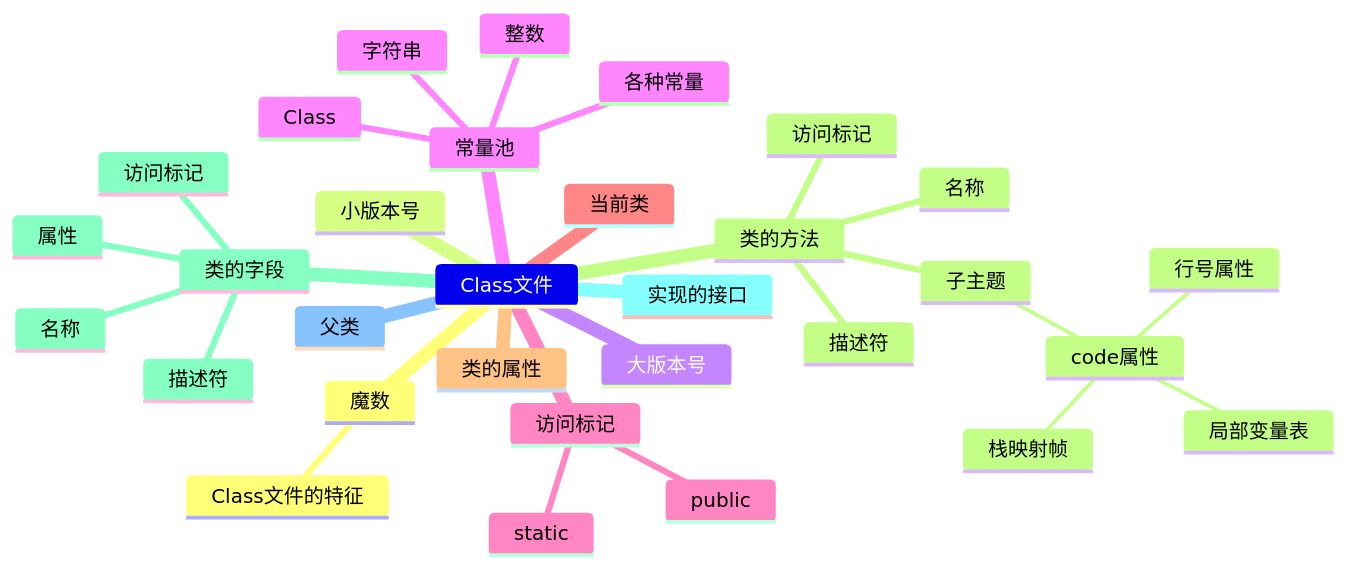
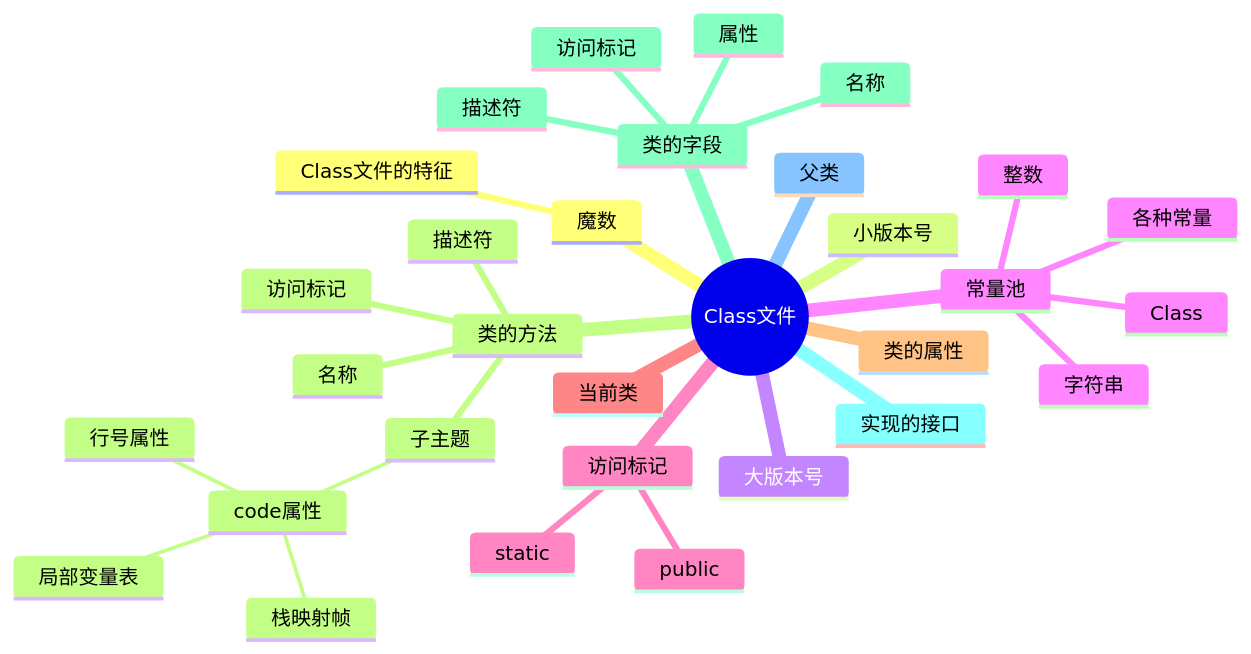
Before and after one commit to 0xcaffebabe/note: the diagram in doc/编程语言/JAVA/JVM/字节码.md, drawn with Mermaid. The commit also changed 12 other files, not shown here.

First line of the commit message:
docs(mindmap): 统一思维导图根节点格式

````diff
--- a/doc/编程语言/JAVA/JVM/字节码.md
+++ b/doc/编程语言/JAVA/JVM/字节码.md
@@ -14,34 +14,34 @@
 ```mermaid
 mindmap
-  Class文件
+  root((Class文件))
     魔数
         Class文件的特征
     小版本号
     大版本号
     常量池
         各种常量
         整数
         字符串
         Class
     访问标记
         static
         public
     当前类
     类的属性
     类的方法
         访问标记
         名称
         描述符
         子主题
             code属性
                 行号属性
                 局部变量表
                 栈映射帧
     类的字段
         访问标记
         名称
         描述符
         属性
     实现的接口
     父类
 ```
````
